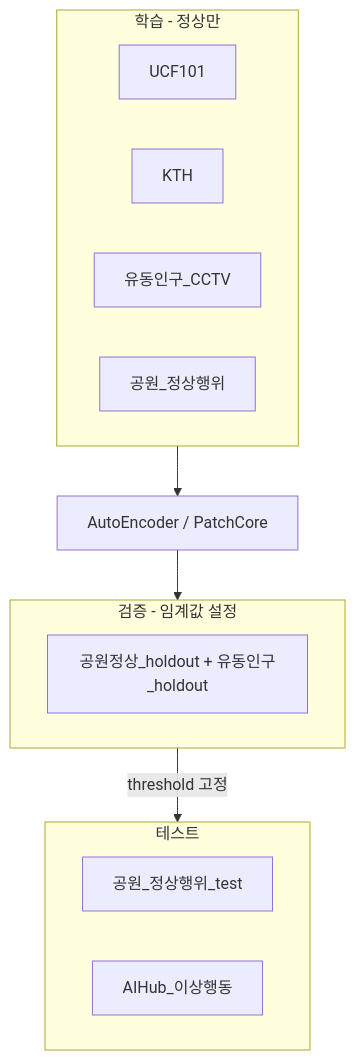
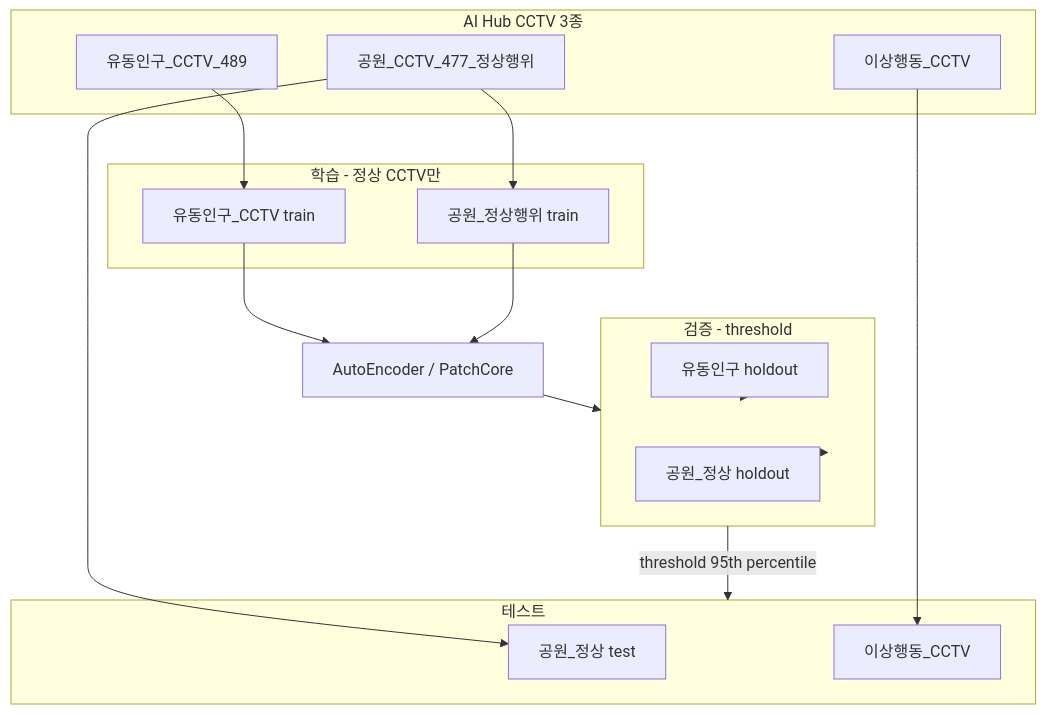
Before and after one commit to gigyeonghyoeon/computer_vision: the diagram in docs/project_plan.md, drawn with Mermaid. The commit also changed other lines of this file and 2 other files, not shown here.

Commit message:
Docs: center project plan on AI Hub CCTV 3 datasets

````diff
--- a/docs/project_plan.md
+++ b/docs/project_plan.md
@@ -31,19 +32,30 @@
 ```mermaid
 flowchart TB
-    subgraph train [학습 - 정상만]
-        UCF[UCF101]
-        KTH[KTH]
-        Flow[유동인구_CCTV]
-        ParkNormal[공원_정상행위]
+    subgraph aihub [AI Hub CCTV 3종]
+        A1[이상행동_CCTV]
+        A2[유동인구_CCTV_489]
+        A3[공원_CCTV_477_정상행위]
     end
-    subgraph val [검증 - 임계값 설정]
-        ValSet[공원정상_holdout + 유동인구_holdout]
+    subgraph train [학습 - 정상 CCTV만]
+        T1[유동인구_CCTV train]
+        T2[공원_정상행위 train]
+    end
+    subgraph val [검증 - threshold]
+        V1[유동인구 holdout]
+        V2[공원_정상 holdout]
     end
     subgraph test [테스트]
-        TestNormal[공원_정상행위_test]
-        TestAnomaly[AIHub_이상행동]
+        Te1[공원_정상 test]
+        Te2[이상행동_CCTV]
     end
-    train --> Models[AutoEncoder / PatchCore]
+    A2 --> T1
+    A3 --> T2
+    T1 --> Models[AutoEncoder / PatchCore]
+    T2 --> Models
     Models --> val
-    val -->|"threshold 고정"| test
+    V1 --> val
+    V2 --> val
+    val -->|"threshold 95th percentile"| test
+    A3 --> Te1
+    A1 --> Te2
 ```
````
